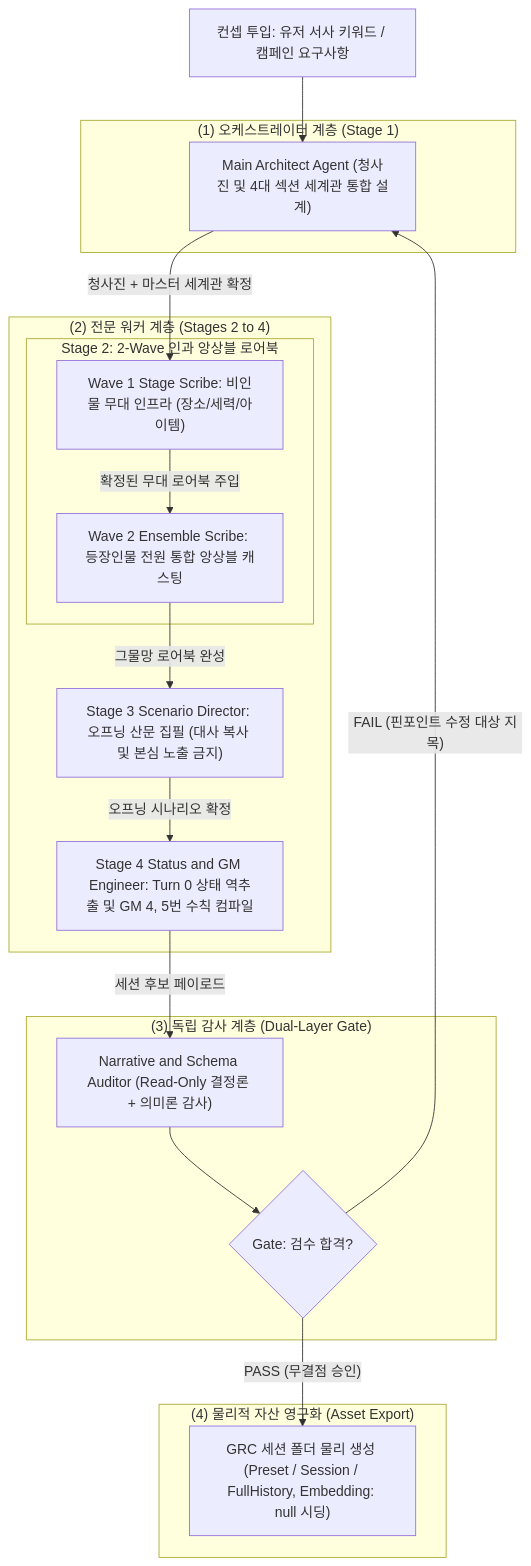
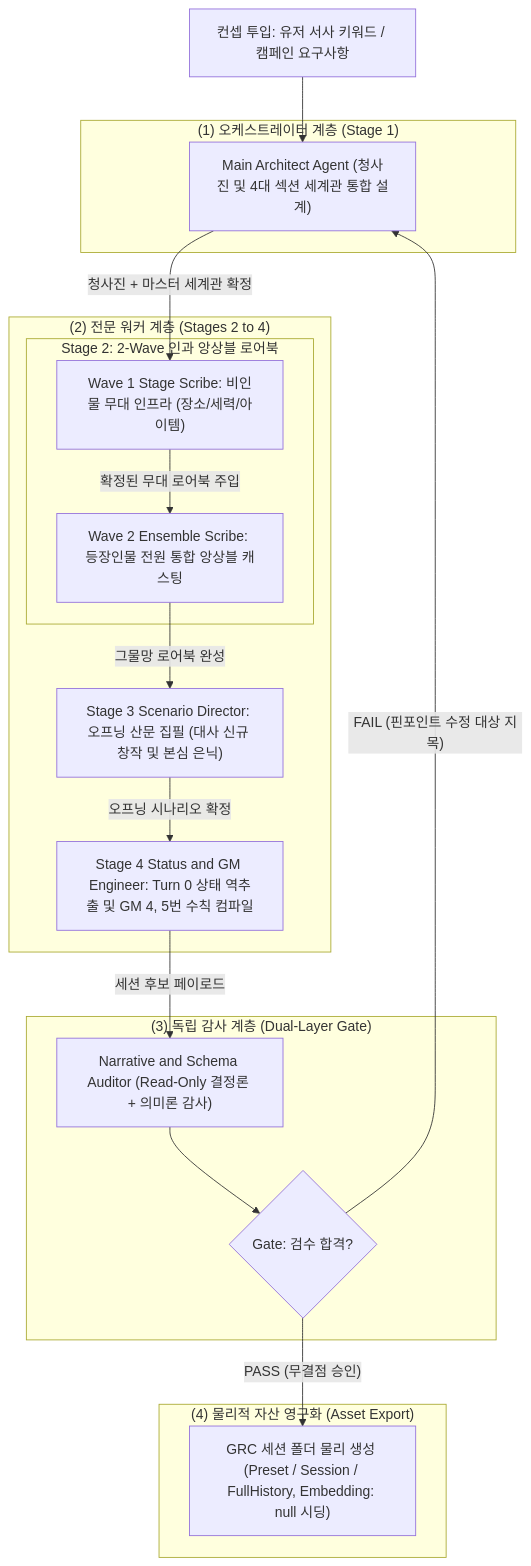
The diagram in GRC/docs/05_session_architect_agent_template.md (jin20203458/Obsidian.Agent), drawn with Mermaid before and after one commit. The commit also changed other lines of this file and 2 other files, not shown here.

````diff
--- a/GRC/docs/05_session_architect_agent_template.md
+++ b/GRC/docs/05_session_architect_agent_template.md
@@ -30,37 +30,37 @@
 ```mermaid
 flowchart TD
     UserPrompt["컨셉 투입: 유저 서사 키워드 / 캠페인 요구사항"]
     
     subgraph ORCHESTRATOR_TIER ["(1) 오케스트레이터 계층 (Stage 1)"]
         MainAgent["Main Architect Agent (청사진 및 4대 섹션 세계관 통합 설계)"]
     end
     
     subgraph WORKER_TIER ["(2) 전문 워커 계층 (Stages 2 to 4)"]
         subgraph CAUSAL_LORE ["Stage 2: 2-Wave 인과 앙상블 로어북"]
             W_Wave1["Wave 1 Stage Scribe: 비인물 무대 인프라 (장소/세력/아이템)"]
             W_Wave2["Wave 2 Ensemble Scribe: 등장인물 전원 통합 앙상블 캐스팅"]
             W_Wave1 -->|"확정된 무대 로어북 주입"| W_Wave2
         end
         
-        W_Scenario["Stage 3 Scenario Director: 오프닝 산문 집필 (대사 복사 및 본심 노출 금지)"]
+        W_Scenario["Stage 3 Scenario Director: 오프닝 산문 집필 (대사 신규 창작 및 본심 은닉)"]
         W_Status["Stage 4 Status and GM Engineer: Turn 0 상태 역추출 및 GM 4, 5번 수칙 컴파일"]
     end
     
     subgraph AUDIT_TIER ["(3) 독립 감사 계층 (Dual-Layer Gate)"]
         Auditor["Narrative and Schema Auditor (Read-Only 결정론 + 의미론 감사)"]
         AuditGate{"Gate: 검수 합격?"}
     end
     
     subgraph EXPORT_TIER ["(4) 물리적 자산 영구화 (Asset Export)"]
         Export["GRC 세션 폴더 물리 생성 (Preset / Session / FullHistory, Embedding: null 시딩)"]
     end
     
     UserPrompt --> MainAgent
     MainAgent -->|"청사진 + 마스터 세계관 확정"| W_Wave1
     W_Wave2 -->|"그물망 로어북 완성"| W_Scenario
     W_Scenario -->|"오프닝 시나리오 확정"| W_Status
     W_Status -->|"세션 후보 페이로드"| Auditor
     Auditor --> AuditGate
     AuditGate -- "FAIL (핀포인트 수정 대상 지목)" --> MainAgent
     AuditGate -- "PASS (무결점 승인)" --> Export
 ```
````
